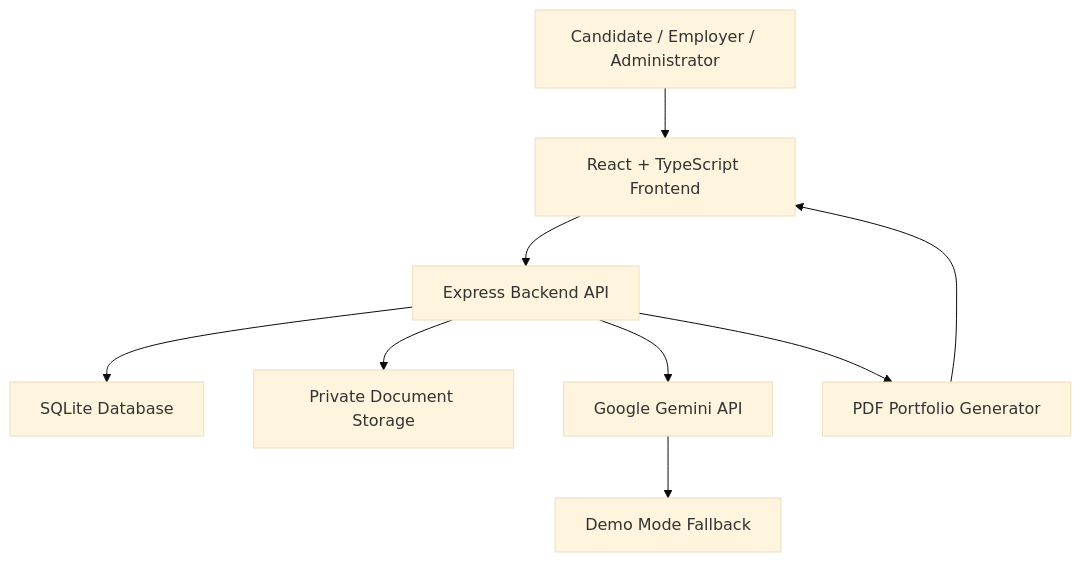
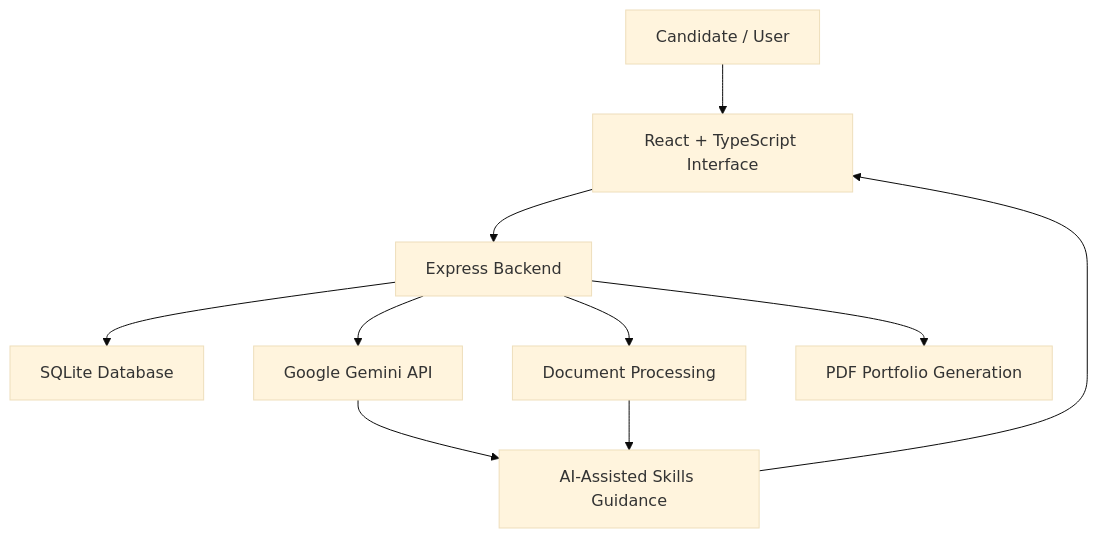
Before and after one commit to thesonofbillionairemom-netizen/TalentPathAI: the diagram in README.md, drawn with Mermaid (base theme). The commit also changed other lines of this file, not shown here.

````diff
--- a/README.md
+++ b/README.md
@@ -189,20 +99,12 @@
 ```mermaid
 flowchart TD
-    A[Candidate / Employer / Administrator]
-    B[React + TypeScript Frontend]
-    C[Express Backend API]
-    D[SQLite Database]
-    E[Private Document Storage]
-    F[Google Gemini API]
-    G[Demo Mode Fallback]
-    H[PDF Portfolio Generator]
-
-    A --> B
-    B --> C
-    C --> D
-    C --> E
-    C --> F
-    F --> G
-    C --> H
+    A[Candidate / User] --> B[React + TypeScript Interface]
+    B --> C[Express Backend]
+    C --> D[SQLite Database]
+    C --> E[Google Gemini API]
+    C --> F[Document Processing]
+    C --> G[PDF Portfolio Generation]
+    E --> H[AI-Assisted Skills Guidance]
+    F --> H
     H --> B
 ```
````
